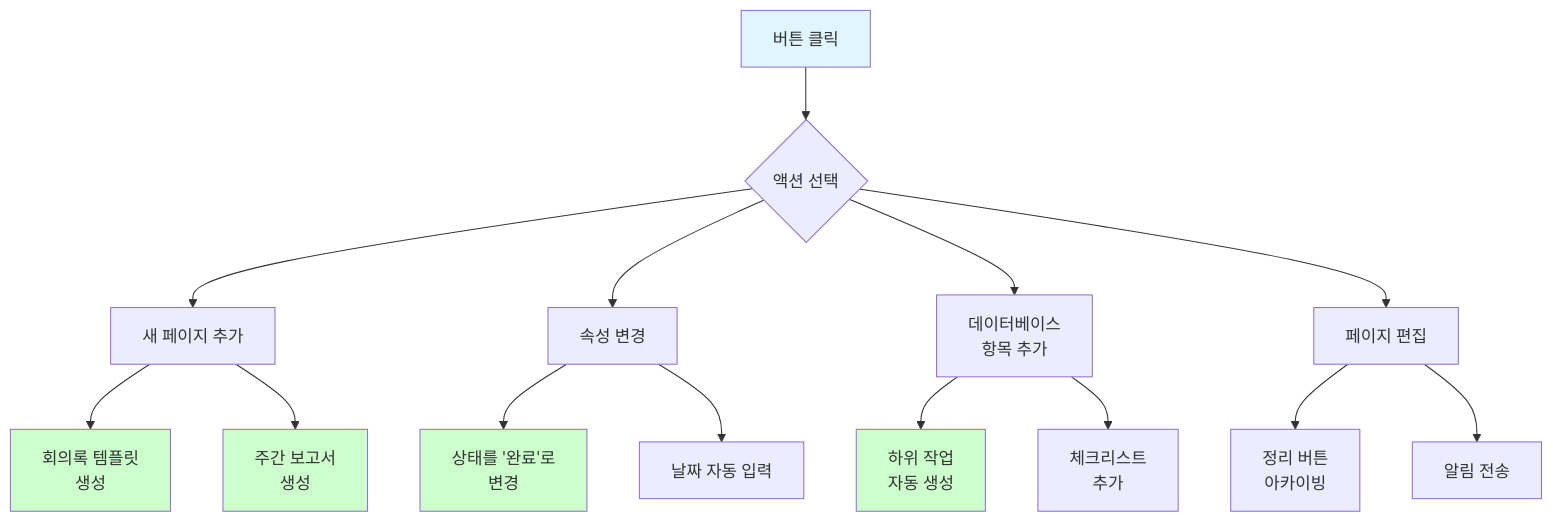
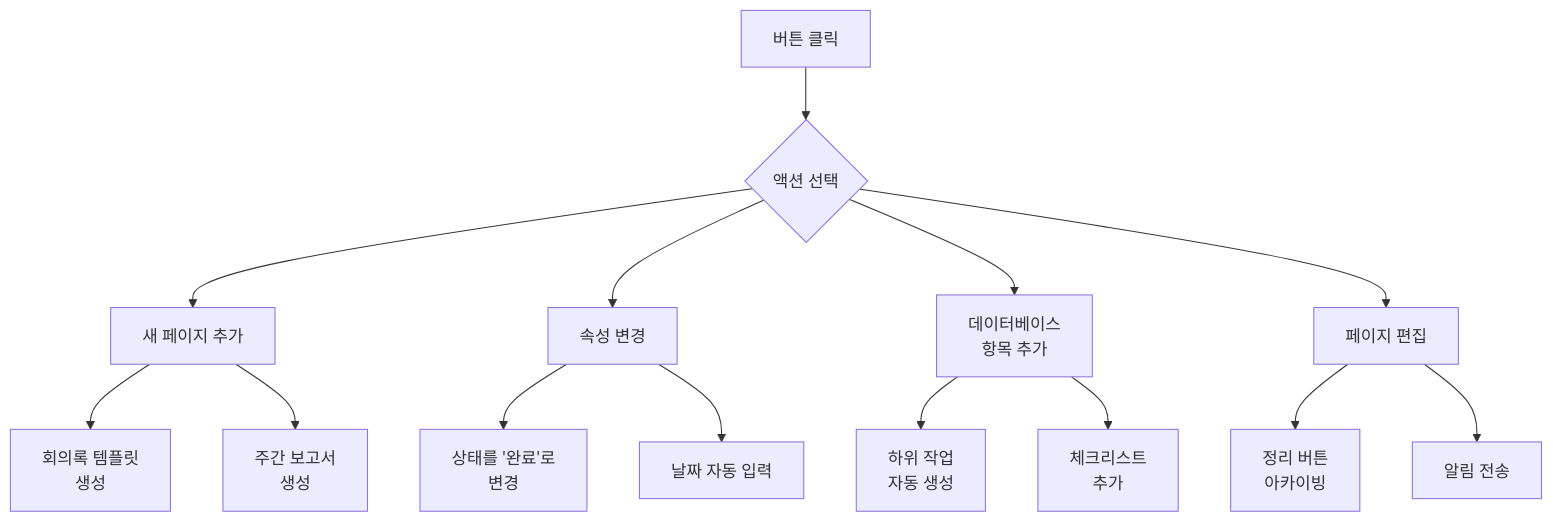
One commit to nugurejeil/weniVooks changed the fifth of 10 diagrams in _md/genai-notion/chapter09/09-3.md. Above: the diagram before and after it, drawn with Mermaid. The commit also changed other lines of this file and 187 other files, not shown here.

````diff
--- a/_md/genai-notion/chapter09/09-3.md
+++ b/_md/genai-notion/chapter09/09-3.md
@@ -234,27 +228,21 @@
 ```mermaid
 flowchart TB
     A[버튼 클릭] --> B{액션 선택}
 
     B --> C[새 페이지 추가]
     B --> D[속성 변경]
     B --> E[데이터베이스<br/>항목 추가]
     B --> F[페이지 편집]
 
     C --> C1[회의록 템플릿<br/>생성]
     C --> C2[주간 보고서<br/>생성]
 
     D --> D1[상태를 '완료'로<br/>변경]
     D --> D2[날짜 자동 입력]
 
     E --> E1[하위 작업<br/>자동 생성]
     E --> E2[체크리스트<br/>추가]
 
     F --> F1[정리 버튼<br/>아카이빙]
     F --> F2[알림 전송]
-
-    style A fill:#e1f5ff
-    style C1 fill:#ccffcc
-    style C2 fill:#ccffcc
-    style D1 fill:#ccffcc
-    style E1 fill:#ccffcc
 ```
````
